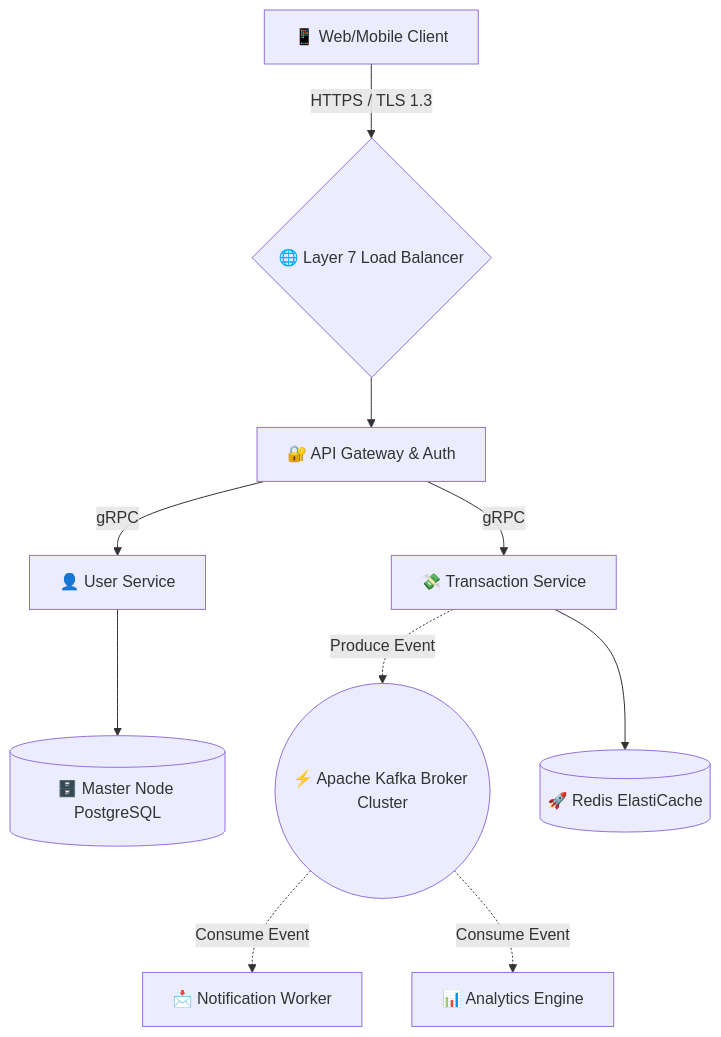
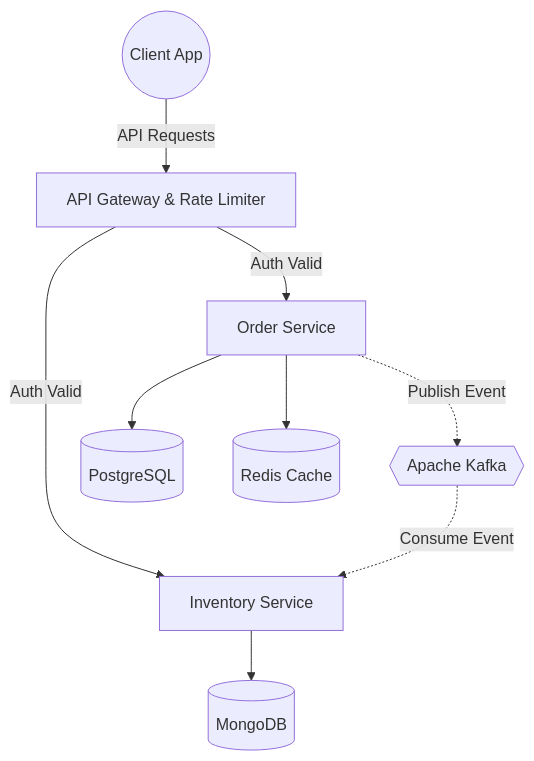
The diagram in README.md (puspharaj-7/puspharaj-7), drawn with Mermaid before and after one commit. The commit also changed other lines of this file, not shown here.

````diff
--- a/README.md
+++ b/README.md
@@ -65,16 +80,15 @@
 ```mermaid
 graph TD;
-    ClientApp[📱 Web/Mobile Client] -->|HTTPS / TLS 1.3| LoadBalancer{🌐 Layer 7 Load Balancer}
-    LoadBalancer --> APIAuth[🔐 API Gateway & Auth]
+    Client((Client App)) -->|API Requests| Gateway[API Gateway & Rate Limiter]
     
-    APIAuth -->|gRPC| UserService[👤 User Service]
-    APIAuth -->|gRPC| TransactionService[💸 Transaction Service]
+    Gateway -->|Auth Valid| AppServiceA[Order Service]
+    Gateway -->|Auth Valid| AppServiceB[Inventory Service]
     
-    TransactionService -.->|Produce Event| KafkaCluster((⚡ Apache Kafka Broker Cluster))
+    AppServiceA -.->|Publish Event| MessageBroker{{Apache Kafka}}
+    MessageBroker -.->|Consume Event| AppServiceB
     
-    KafkaCluster -.->|Consume Event| NotificationService[📩 Notification Worker]
-    KafkaCluster -.->|Consume Event| AnalyticsService[📊 Analytics Engine]
+    AppServiceA --> SQL[(PostgreSQL)]
+    AppServiceB --> NoSQL[(MongoDB)]
     
-    UserService --> PrimaryDB[(🗄️ Master Node PostgreSQL)]
-    TransactionService --> FastCache[(🚀 Redis ElastiCache)]
+    AppServiceA --> Cache[(Redis Cache)]
 ```
````
